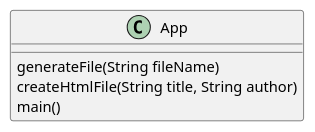
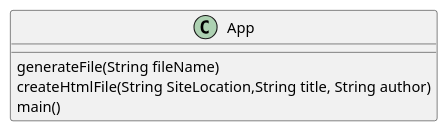
Before and after one commit to Zmbeboy/gass-cop3330-assignment3: the diagram in src/main/java/ex43/ex43.puml, drawn with PlantUML. The commit also changed 6 other files, not shown here.

```diff
--- a/src/main/java/ex43/ex43.puml
+++ b/src/main/java/ex43/ex43.puml
@@ -1,10 +1,10 @@
 @startuml
 'https://plantuml.com/class-diagram
 
 class App{
 generateFile(String fileName)
-createHtmlFile(String title, String author)
+createHtmlFile(String SiteLocation,String title, String author)
 main()
 }
 
 @enduml
```
